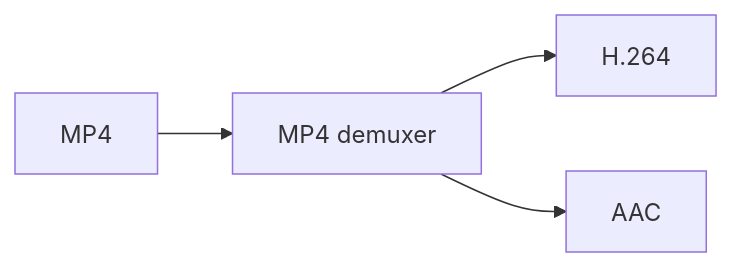
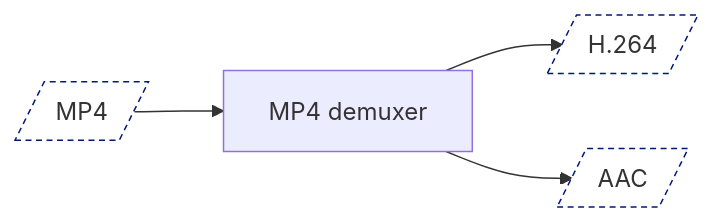
The fourth of 15 diagrams in presentation/slides.md (membraneframework-labs/goatmire_2026_workshop), drawn with Mermaid before and after one commit. The commit also changed other lines of this file and 2 other files, not shown here.

````diff
--- a/presentation/slides.md
+++ b/presentation/slides.md
@@ -278,6 +275,7 @@
 ```mermaid {scale: 0.7}
 graph LR
-  C[MP4] --> D[MP4 demuxer]
-  D --> A[H.264]
-  D --> B[AAC]
+  C[/MP4/]:::stream --> D[MP4 demuxer]
+  D --> A[/H.264/]:::stream
+  D --> B[/AAC/]:::stream
+  classDef stream fill:#ffffff,stroke:#001A72,stroke-dasharray:4 3
 ```
````
